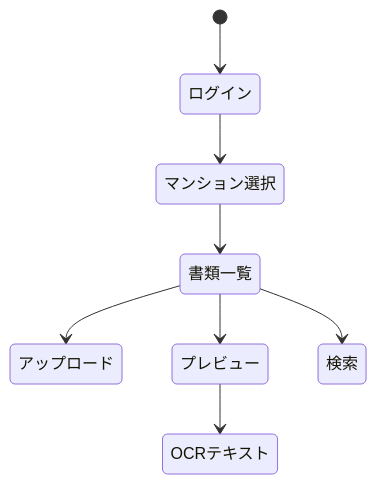
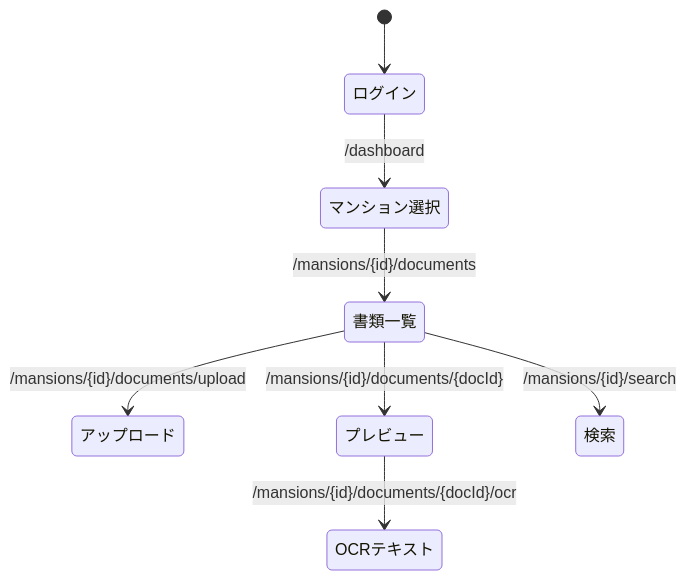
Before and after one commit to rictusempra52/shimesukun2: the second of 2 diagrams in 仕様書.md, drawn with Mermaid.

Commit message:
ダッシュボードのフローチャートにルートパスを追加

````diff
--- a/仕様書.md
+++ b/仕様書.md
@@ -60,10 +60,10 @@
 ```mermaid
 stateDiagram-v2
     [*] --> ログイン
-    ログイン --> マンション選択
-    マンション選択 --> 書類一覧
-    書類一覧 --> アップロード
-    書類一覧 --> プレビュー
-    書類一覧 --> 検索
-    プレビュー --> OCRテキスト
+    ログイン --> マンション選択 : /dashboard
+    マンション選択 --> 書類一覧 : /mansions/{id}/documents
+    書類一覧 --> アップロード : /mansions/{id}/documents/upload
+    書類一覧 --> プレビュー : /mansions/{id}/documents/{docId}
+    書類一覧 --> 検索 : /mansions/{id}/search
+    プレビュー --> OCRテキスト : /mansions/{id}/documents/{docId}/ocr
 ```
````
